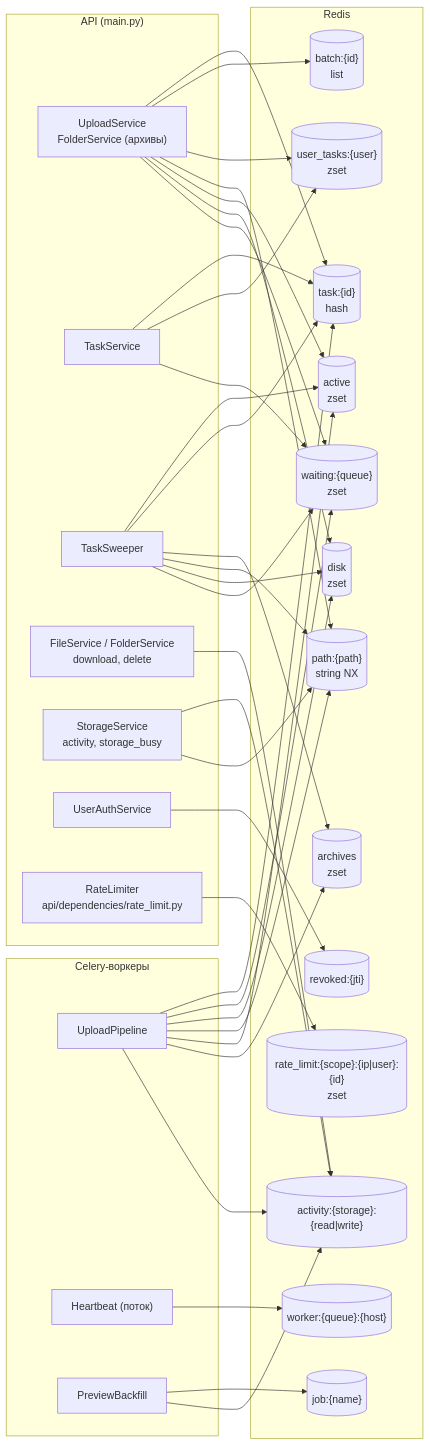
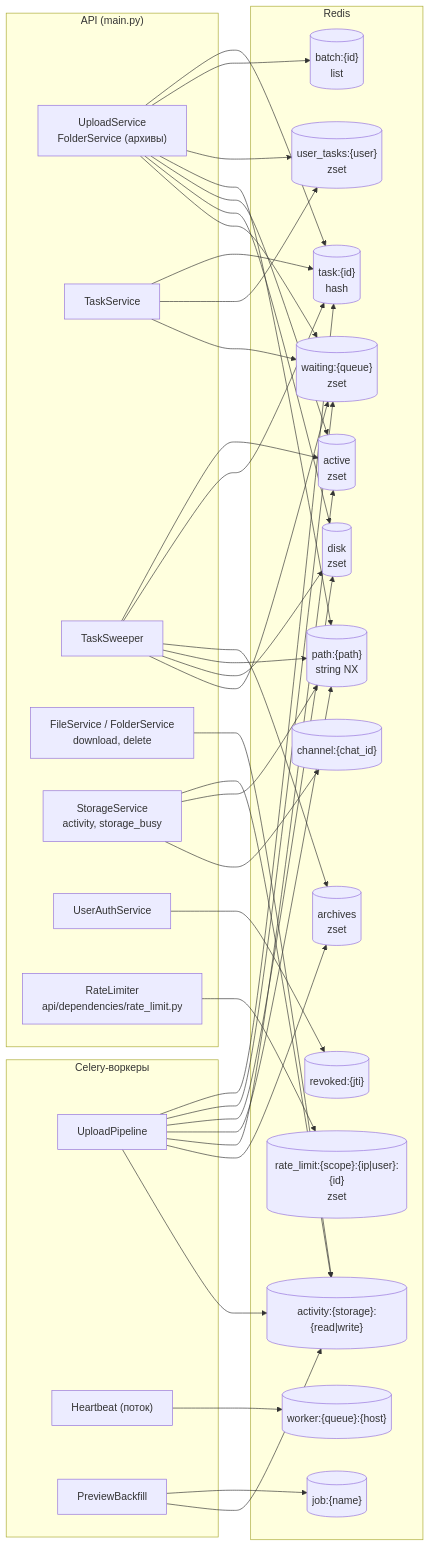
The diagram in docs/redis.md (NikitkaZXC/tcloud-backend), drawn with Mermaid before and after one commit. The commit also changed other lines of this file and 6 other files, not shown here.

````diff
--- a/docs/redis.md
+++ b/docs/redis.md
@@ -11,42 +11,43 @@
 ```mermaid
 flowchart LR
     subgraph api["API (main.py)"]
         us["UploadService<br/>FolderService (архивы)"]
         ts["TaskService"]
         sw["TaskSweeper"]
         fs["FileService / FolderService<br/>download, delete"]
         ss["StorageService<br/>activity, storage_busy"]
         ua["UserAuthService"]
         rl["RateLimiter<br/>api/dependencies/rate_limit.py"]
     end
     subgraph workers["Celery-воркеры"]
         pl["UploadPipeline"]
         hb["Heartbeat (поток)"]
         bf["PreviewBackfill"]
     end
     subgraph redis["Redis"]
         task[("task:{id}<br/>hash")]
         batch[("batch:{id}<br/>list")]
         owned[("user_tasks:{user}<br/>zset")]
         path[("path:{path}<br/>string NX")]
         active[("active<br/>zset")]
         disk[("disk<br/>zset")]
         waiting[("waiting:{queue}<br/>zset")]
         archives[("archives<br/>zset")]
         worker[("worker:{queue}:{host}")]
         activity[("activity:{storage}:{read|write}")]
         revoked[("revoked:{jti}")]
         rate[("rate_limit:{scope}:{ip|user}:{id}<br/>zset")]
         job[("job:{name}")]
+        channel[("channel:{chat_id}")]
     end
     us --> task & batch & owned & path & active & disk & waiting
     ts --> task & owned & waiting
     sw --> active & task & archives & path & disk & waiting
     pl --> task & waiting & disk & path & active & archives & activity
     bf --> job & activity
     hb --> worker
     fs --> activity
-    ss --> activity & path
+    ss --> activity & path & channel
     ua --> revoked
     rl --> rate
 ```
````
